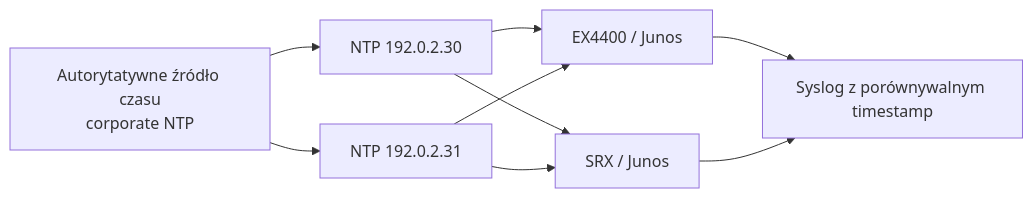
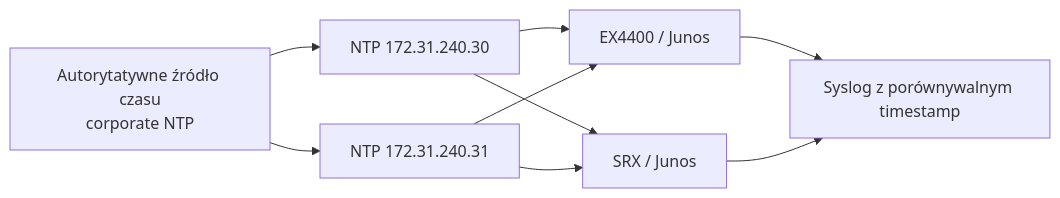
Before and after one commit to nelto79/jncip: the seventh of 11 diagrams in docs/chapters/JUNOS_Rozdzial_04_Initial_Configuration_and_System_Services.md, drawn with Mermaid. The commit also changed other lines of this file, not shown here.

Commit message:
docs(ch04): align teaching diagrams, interfaces and examples with canonical 4-vSRX DIAMOND

```diff
--- a/docs/chapters/JUNOS_Rozdzial_04_Initial_Configuration_and_System_Services.md
+++ b/docs/chapters/JUNOS_Rozdzial_04_Initial_Configuration_and_System_Services.md
@@ -722,11 +752,11 @@
 ~~~mermaid
 flowchart LR
-  MASTER["Autorytatywne źródło czasu\ncorporate NTP"] --> S1["NTP 192.0.2.30"]
-  MASTER --> S2["NTP 192.0.2.31"]
+  MASTER["Autorytatywne źródło czasu\ncorporate NTP"] --> S1["NTP 172.31.240.30"]
+  MASTER --> S2["NTP 172.31.240.31"]
   S1 --> EX["EX4400 / Junos"]
   S2 --> EX
   S1 --> FW["SRX / Junos"]
   S2 --> FW
   EX --> LOG["Syslog z porównywalnym timestamp"]
   FW --> LOG
 ~~~
```
